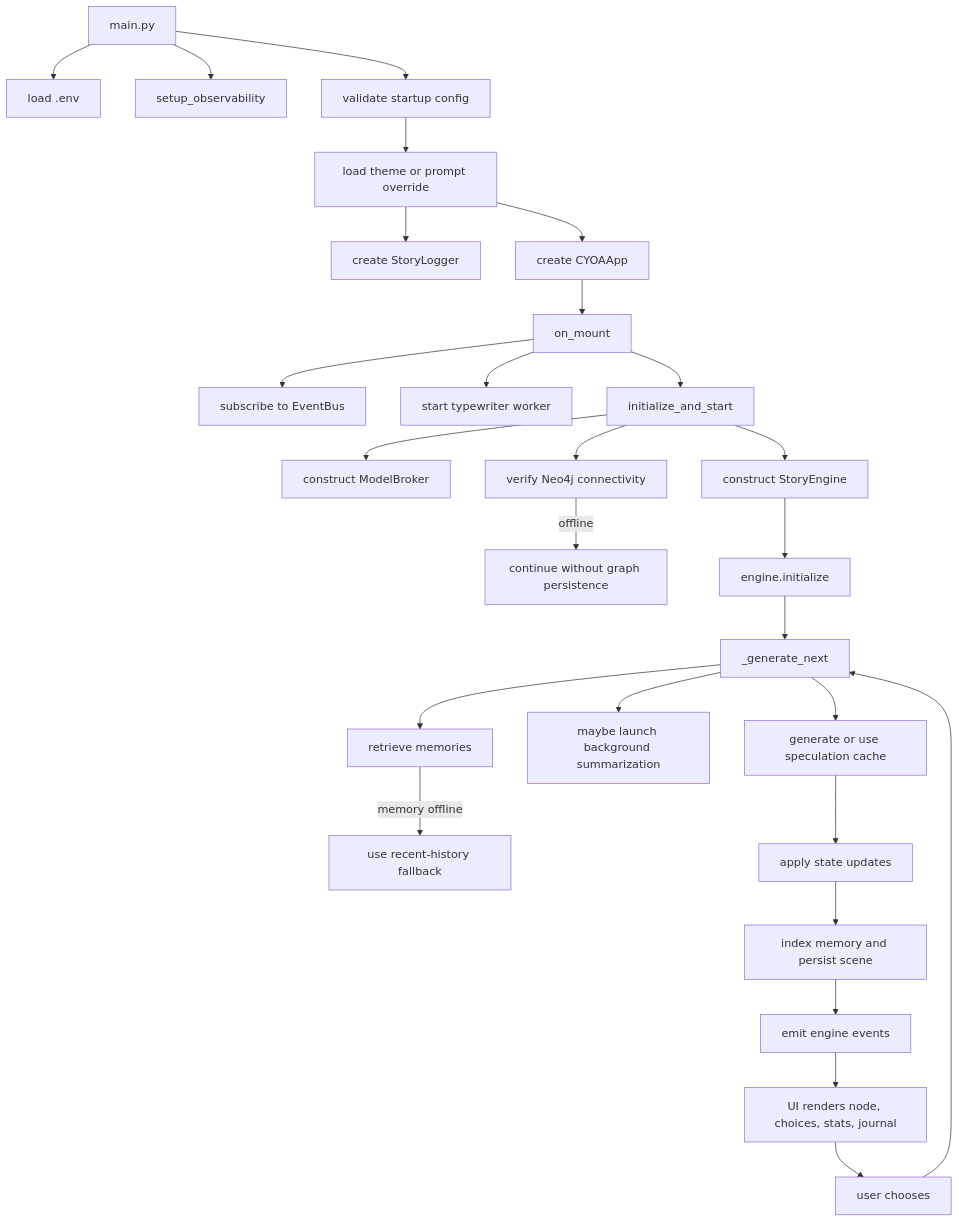
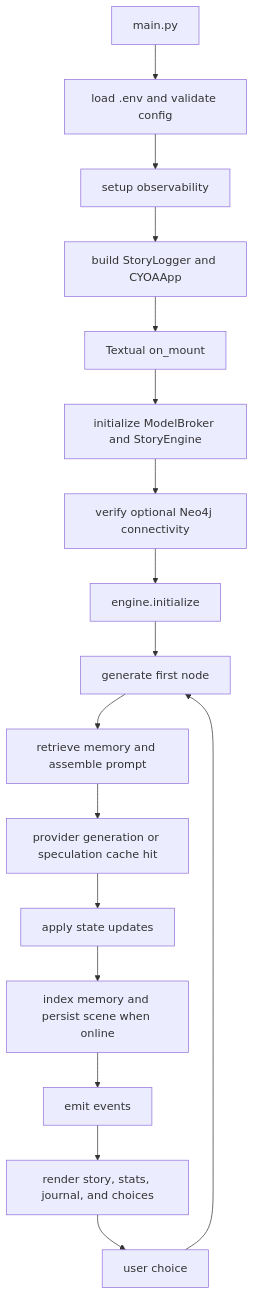
One commit to KishanPipariya/CYOA_TUI changed the diagram in CODEWIKI.md. Above: the diagram before and after it, drawn with Mermaid. The commit also changed other lines of this file and 5 other files, not shown here.

````diff
--- a/CODEWIKI.md
+++ b/CODEWIKI.md
@@ -78,29 +82,19 @@
 ```mermaid
 flowchart TD
-    A[main.py] --> B[load .env]
-    A --> C[setup_observability]
-    A --> D[validate startup config]
-    D --> E[load theme or prompt override]
-    E --> F[create StoryLogger]
-    E --> G[create CYOAApp]
-    G --> H[on_mount]
-    H --> I[subscribe to EventBus]
-    H --> J[start typewriter worker]
-    H --> K[initialize_and_start]
-    K --> L[construct ModelBroker]
-    K --> M[construct StoryEngine]
-    K --> N[verify Neo4j connectivity]
-    N -->|offline| N1[continue without graph persistence]
-    M --> O[engine.initialize]
-    O --> P[_generate_next]
-    P --> Q[retrieve memories]
-    Q -->|memory offline| Q1[use recent-history fallback]
-    P --> R[maybe launch background summarization]
-    P --> S[generate or use speculation cache]
-    S --> T[apply state updates]
-    T --> U[index memory and persist scene]
-    U --> V[emit engine events]
-    V --> W[UI renders node, choices, stats, journal]
-    W --> X[user chooses]
-    X --> P
+    A[main.py] --> B[load .env and validate config]
+    B --> C[setup observability]
+    C --> D[build StoryLogger and CYOAApp]
+    D --> E[Textual on_mount]
+    E --> F[initialize ModelBroker and StoryEngine]
+    F --> G[verify optional Neo4j connectivity]
+    G --> H[engine.initialize]
+    H --> I[generate first node]
+    I --> J[retrieve memory and assemble prompt]
+    J --> K[provider generation or speculation cache hit]
+    K --> L[apply state updates]
+    L --> M[index memory and persist scene when online]
+    M --> N[emit events]
+    N --> O[render story, stats, journal, and choices]
+    O --> P[user choice]
+    P --> I
 ```
````
